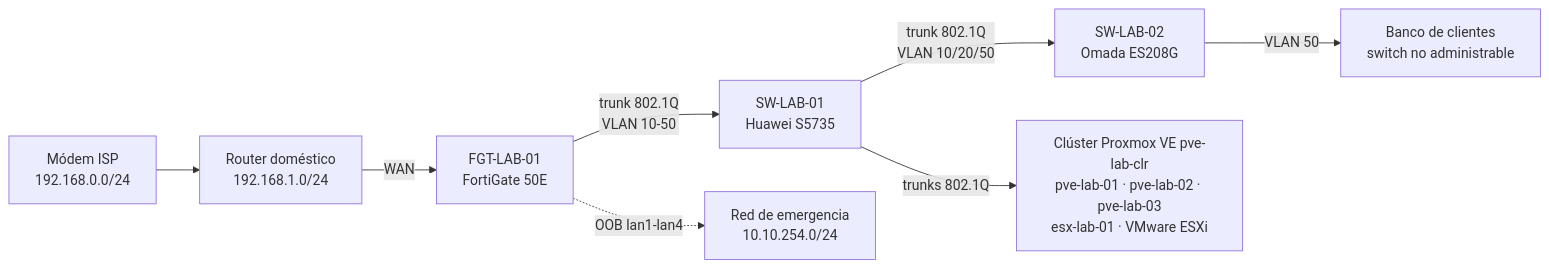
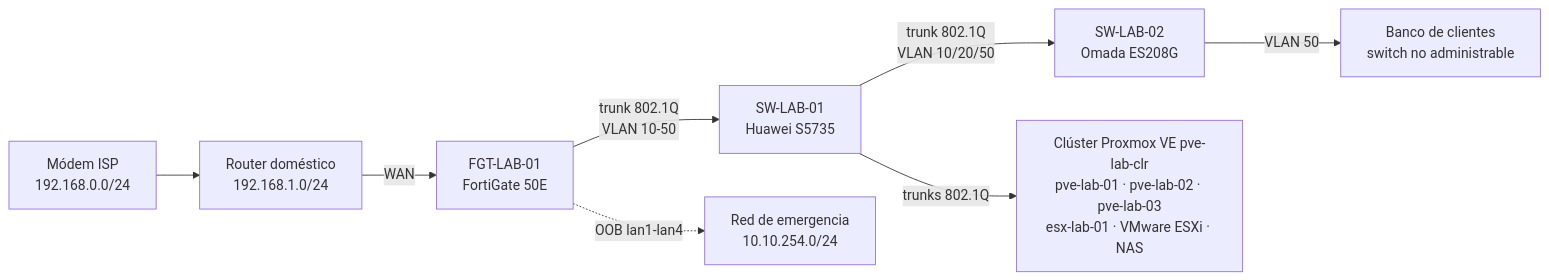
One commit to Alce1551/EICL-HOMELAB changed the diagram in README.md. Above: the diagram before and after it, drawn with Mermaid. The commit also changed other lines of this file and 8 other files, not shown here.

Commit message:
LAB-003: documenta la validacion integral, el NAS y las decisiones tomadas sobre puertos en SWITCH (D-043 A D-049)

````diff
--- a/README.md
+++ b/README.md
@@ -29,10 +30,10 @@
 ```mermaid
 flowchart LR
     ISP[Módem ISP<br/>192.168.0.0/24] --> ARC[Router doméstico<br/>192.168.1.0/24]
     ARC -->|WAN| FGT[FGT-LAB-01<br/>FortiGate 50E]
     FGT -->|trunk 802.1Q<br/>VLAN 10-50| SW1[SW-LAB-01<br/>Huawei S5735]
     SW1 -->|trunk 802.1Q<br/>VLAN 10/20/50| SW2[SW-LAB-02<br/>Omada ES208G]
     SW2 -->|VLAN 50| BAN[Banco de clientes<br/>switch no administrable]
-    SW1 -->|trunks 802.1Q| SRV[Clúster Proxmox VE pve-lab-clr<br/>pve-lab-01 · pve-lab-02 · pve-lab-03<br/>esx-lab-01 · VMware ESXi]
+    SW1 -->|trunks 802.1Q| SRV[Clúster Proxmox VE pve-lab-clr<br/>pve-lab-01 · pve-lab-02 · pve-lab-03<br/>esx-lab-01 · VMware ESXi · NAS]
     FGT -.->|OOB lan1-lan4| OOB[Red de emergencia<br/>10.10.254.0/24]
 ```
````
